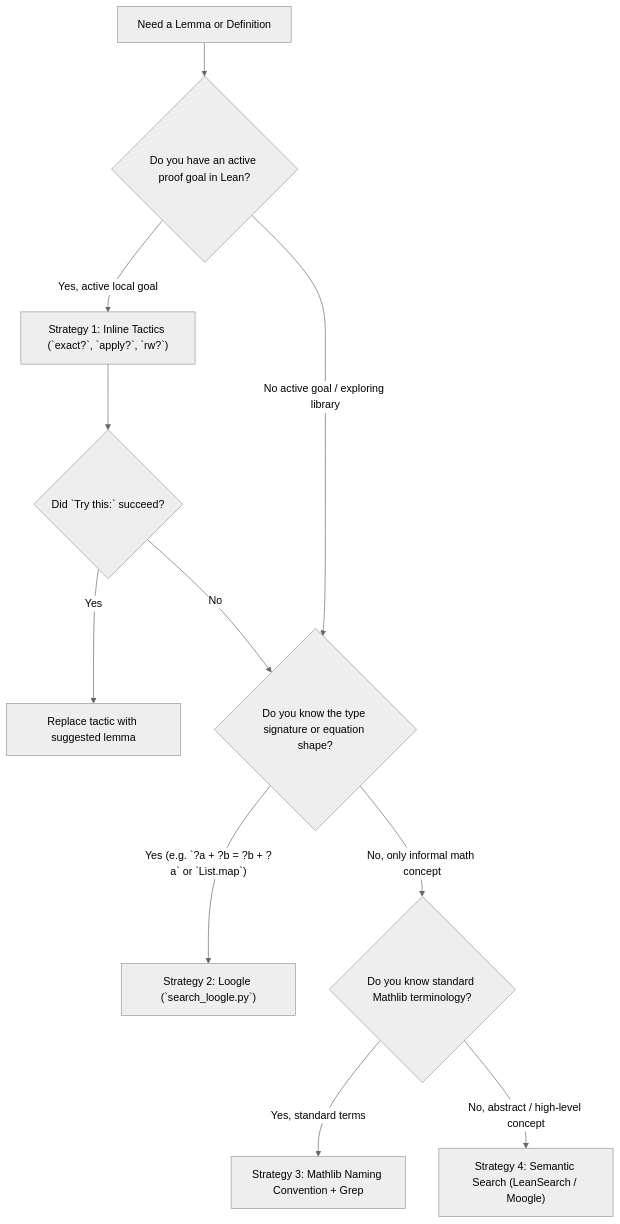
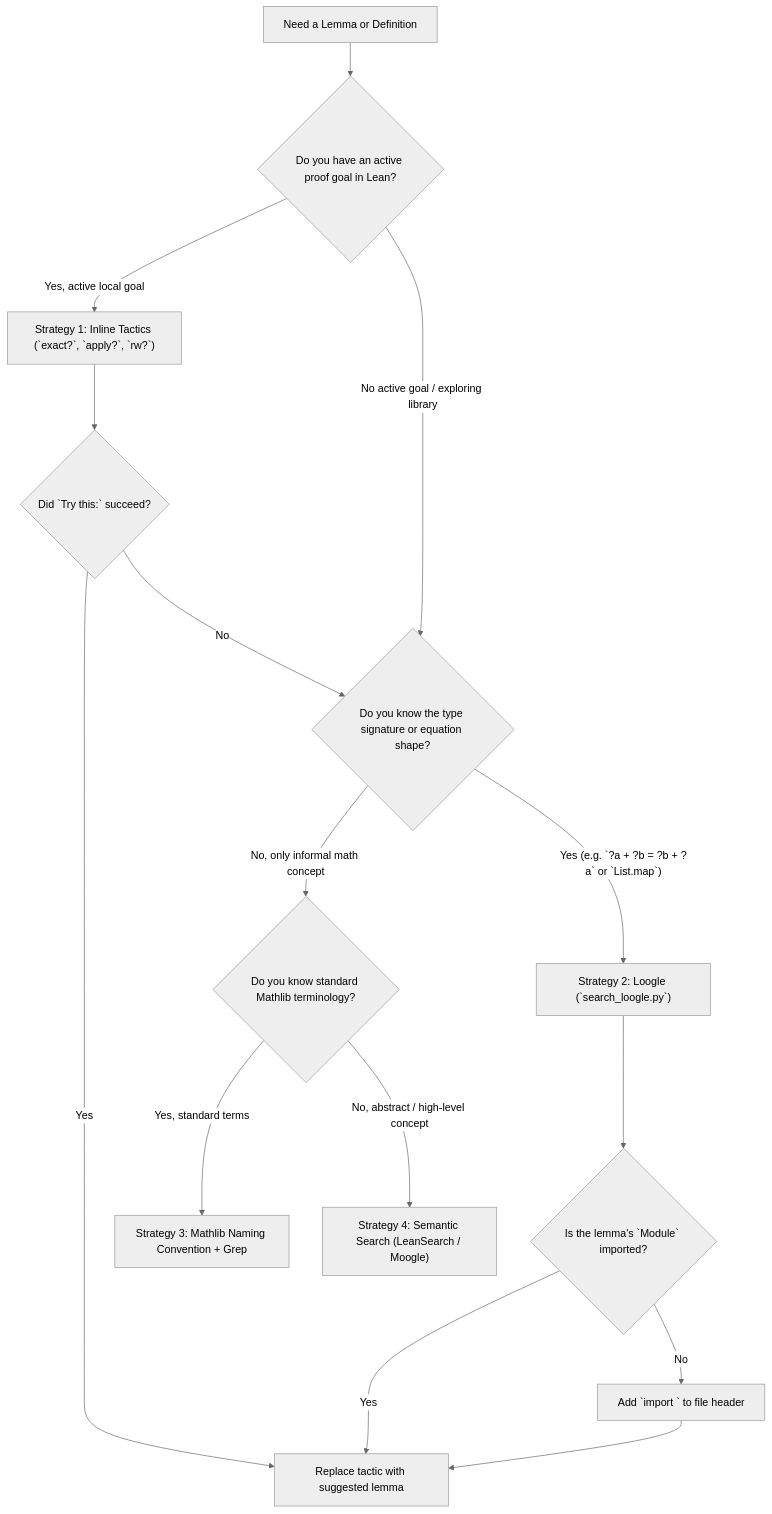
The diagram in skills/lean4-mathlib-search/SKILL.md (MI-1222/lean4-skills), drawn with Mermaid (neutral theme) before and after one commit. The commit also changed other lines of this file, not shown here.

````diff
--- a/skills/lean4-mathlib-search/SKILL.md
+++ b/skills/lean4-mathlib-search/SKILL.md
@@ -18,15 +18,19 @@
 ```mermaid
 graph TD
     Start["Need a Lemma or Definition"] --> Q1{"Do you have an active proof goal in Lean?"}
     Q1 -- "Yes, active local goal" --> TryLocal["Strategy 1: Inline Tactics (`exact?`, `apply?`, `rw?`)"]
     TryLocal --> LCheck{"Did `Try this:` succeed?"}
     LCheck -- "Yes" --> Replace["Replace tactic with suggested lemma"]
     LCheck -- "No" --> Q2
 
     Q1 -- "No active goal / exploring library" --> Q2{"Do you know the type signature or equation shape?"}
     Q2 -- "Yes (e.g. `?a + ?b = ?b + ?a` or `List.map`)" --> Loogle["Strategy 2: Loogle (`search_loogle.py`)"]
+    Loogle --> ImpCheck{"Is the lemma's `Module` imported?"}
+    ImpCheck -- "No" --> AddImp["Add `import <Module>` to file header"]
+    ImpCheck -- "Yes" --> Replace
+    AddImp --> Replace
     Q2 -- "No, only informal math concept" --> Q3{"Do you know standard Mathlib terminology?"}
 
     Q3 -- "Yes, standard terms" --> Naming["Strategy 3: Mathlib Naming Convention + Grep"]
     Q3 -- "No, abstract / high-level concept" --> Semantic["Strategy 4: Semantic Search (LeanSearch / Moogle)"]
 ```
````
